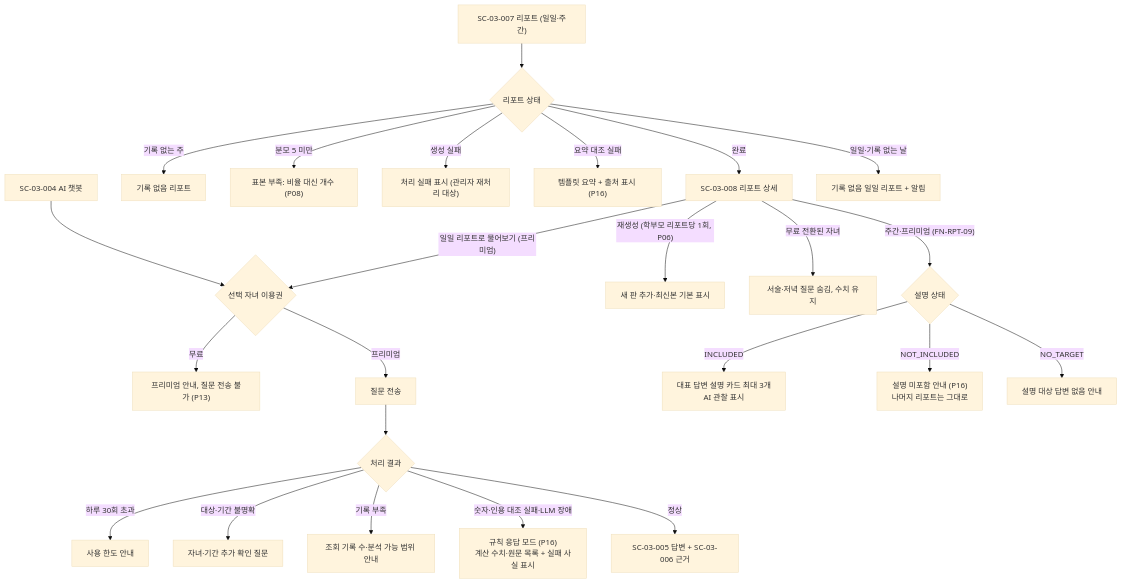
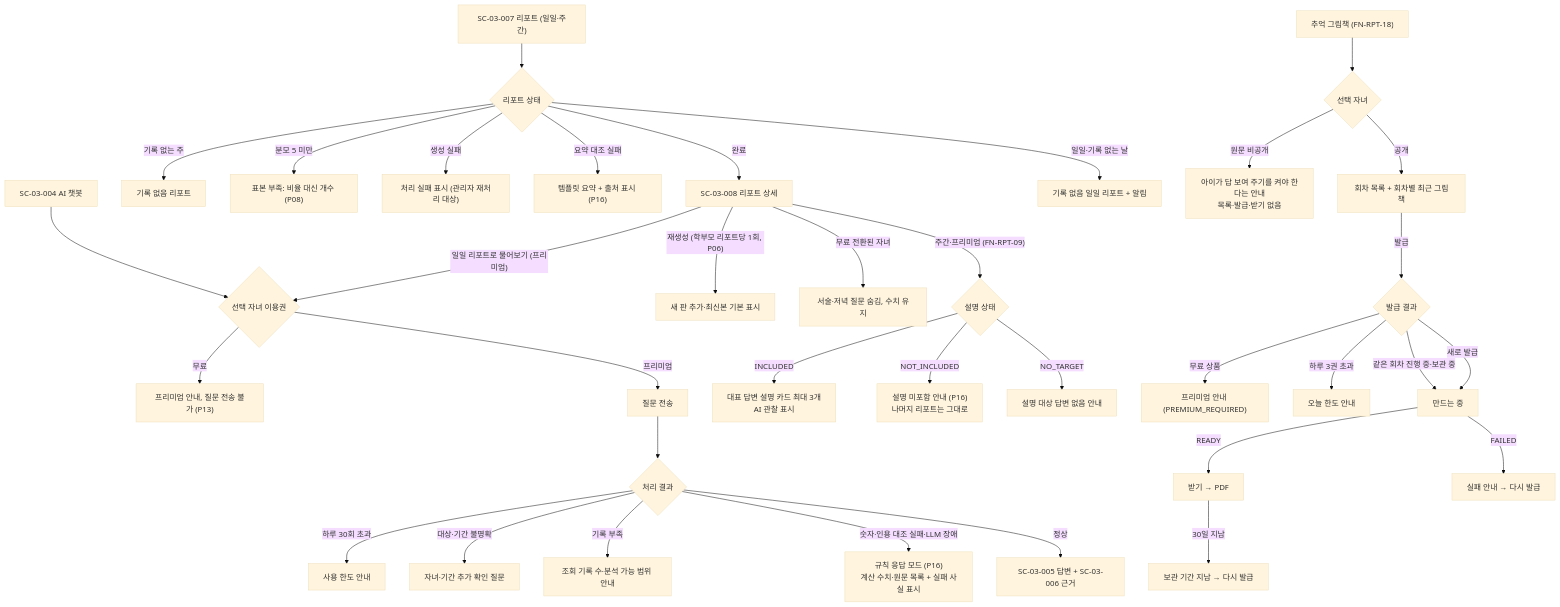
One commit to SKNETWORKS-FAMILY-AICAMP/SKN34-FINAL-3TEAM changed the ninth of 13 diagrams in docs/design/user-flow.md. Above: the diagram before and after it, drawn with Mermaid (base theme). The commit also changed other lines of this file and 66 other files, not shown here.

````diff
--- a/docs/design/user-flow.md
+++ b/docs/design/user-flow.md
@@ -390,27 +394,39 @@
 ```mermaid
 flowchart TD
   AN["SC-03-004 AI 챗봇"] --> C{"선택 자녀 이용권"}
   C -->|"무료"| N1["프리미엄 안내, 질문 전송 불가 (P13)"]
   C -->|"프리미엄"| Q["질문 전송"]
   Q --> R{"처리 결과"}
   R -->|"하루 30회 초과"| N2["사용 한도 안내"]
   R -->|"대상·기간 불명확"| N3["자녀·기간 추가 확인 질문"]
   R -->|"기록 부족"| N4["조회 기록 수·분석 가능 범위 안내"]
   R -->|"숫자·인용 대조 실패·LLM 장애"| N5["규칙 응답 모드 (P16)<br/>계산 수치·원문 목록 + 실패 사실 표시"]
   R -->|"정상"| OK["SC-03-005 답변 + SC-03-006 근거"]
 
   RP["SC-03-007 리포트 (일일·주간)"] --> RS{"리포트 상태"}
   RS -->|"기록 없는 주"| M1["기록 없음 리포트"]
   RS -->|"분모 5 미만"| M2["표본 부족: 비율 대신 개수 (P08)"]
   RS -->|"생성 실패"| M3["처리 실패 표시 (관리자 재처리 대상)"]
   RS -->|"요약 대조 실패"| M4["템플릿 요약 + 출처 표시 (P16)"]
   RS -->|"완료"| M5["SC-03-008 리포트 상세"]
   M5 -->|"재생성 (학부모 리포트당 1회, P06)"| M6["새 판 추가·최신본 기본 표시"]
   M5 -->|"무료 전환된 자녀"| M7["서술·저녁 질문 숨김, 수치 유지"]
   M5 -->|"주간·프리미엄 (FN-RPT-09)"| M9{"설명 상태"}
   M9 -->|"INCLUDED"| M10["대표 답변 설명 카드 최대 3개<br/>AI 관찰 표시"]
   M9 -->|"NOT_INCLUDED"| M11["설명 미포함 안내 (P16)<br/>나머지 리포트는 그대로"]
   M9 -->|"NO_TARGET"| M12["설명 대상 답변 없음 안내"]
   RS -->|"일일·기록 없는 날"| M8["기록 없음 일일 리포트 + 알림"]
   M5 -->|"일일 리포트로 물어보기 (프리미엄)"| C
+
+  MB["추억 그림책 (FN-RPT-18)"] --> MS{"선택 자녀"}
+  MS -->|"원문 비공개"| MN1["아이가 답 보여 주기를 켜야 한다는 안내<br/>목록·발급·받기 없음"]
+  MS -->|"공개"| ML["회차 목록 + 회차별 최근 그림책"]
+  ML -->|"발급"| MR{"발급 결과"}
+  MR -->|"무료 상품"| MN2["프리미엄 안내 (PREMIUM_REQUIRED)"]
+  MR -->|"하루 3권 초과"| MN3["오늘 한도 안내"]
+  MR -->|"같은 회차 진행 중·보관 중"| MQ
+  MR -->|"새로 발급"| MQ["만드는 중"]
+  MQ -->|"READY"| MD["받기 → PDF"]
+  MQ -->|"FAILED"| MF["실패 안내 → 다시 발급"]
+  MD -->|"30일 지남"| ME["보관 기간 지남 → 다시 발급"]
 ```
````
